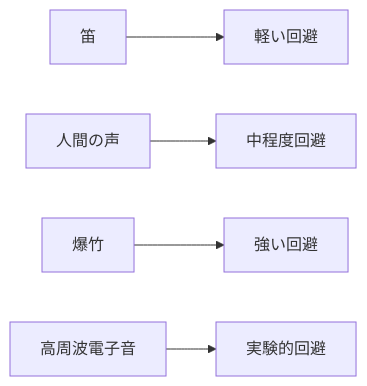
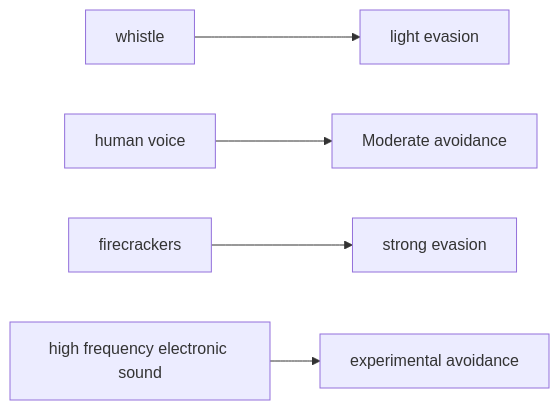
The second of 4 diagrams in en/_posts/2025-10-26-column-bear-sound.md (monumental-movement/monumental-movement.github.io), drawn with Mermaid before and after one commit. The commit also changed other lines of this file and 152 other files, not shown here.

```diff
--- a/en/_posts/2025-10-26-column-bear-sound.md
+++ b/en/_posts/2025-10-26-column-bear-sound.md
@@ -112,9 +112,9 @@
 <div class="mermaid">
 
 graph LR
-A[笛] --> B[軽い回避]
-C[人間の声] --> D[中程度回避]
-E[爆竹] --> F[強い回避]
-G[高周波電子音] --> H[実験的回避]
+A[whistle] --> B[light evasion]
+C[human voice] --> D[Moderate avoidance]
+E[firecrackers] --> F[strong evasion]
+G[high frequency electronic sound] --> H[experimental avoidance]
 
 </div>
```
